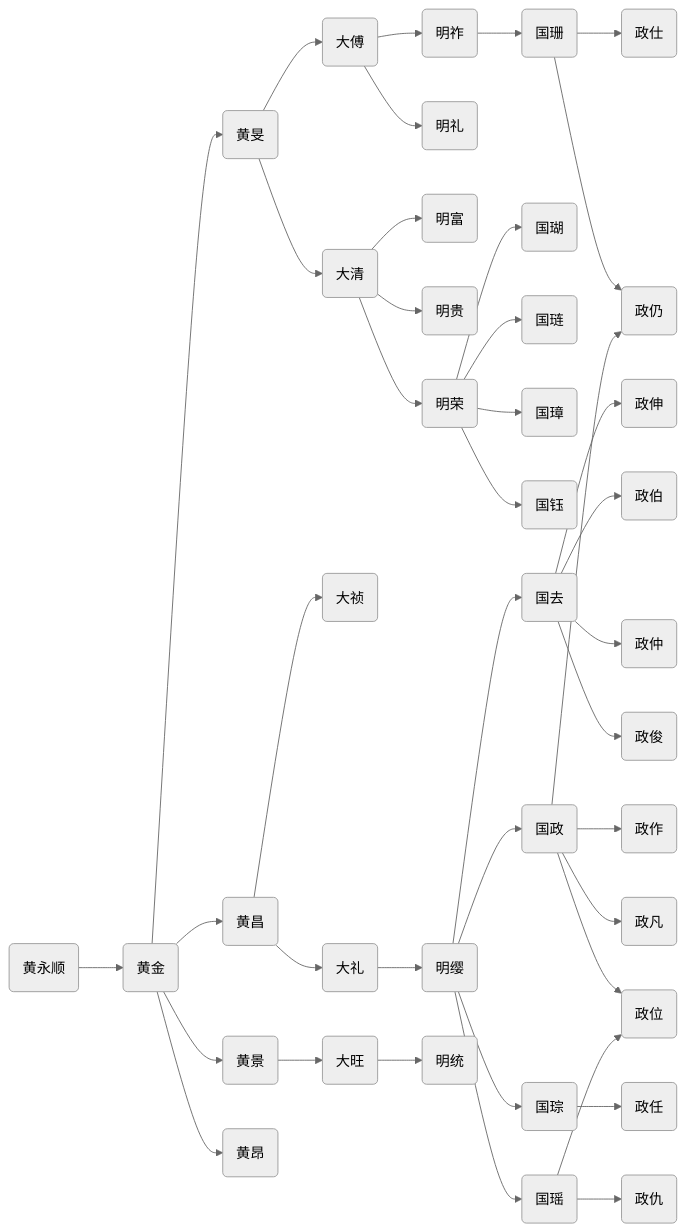
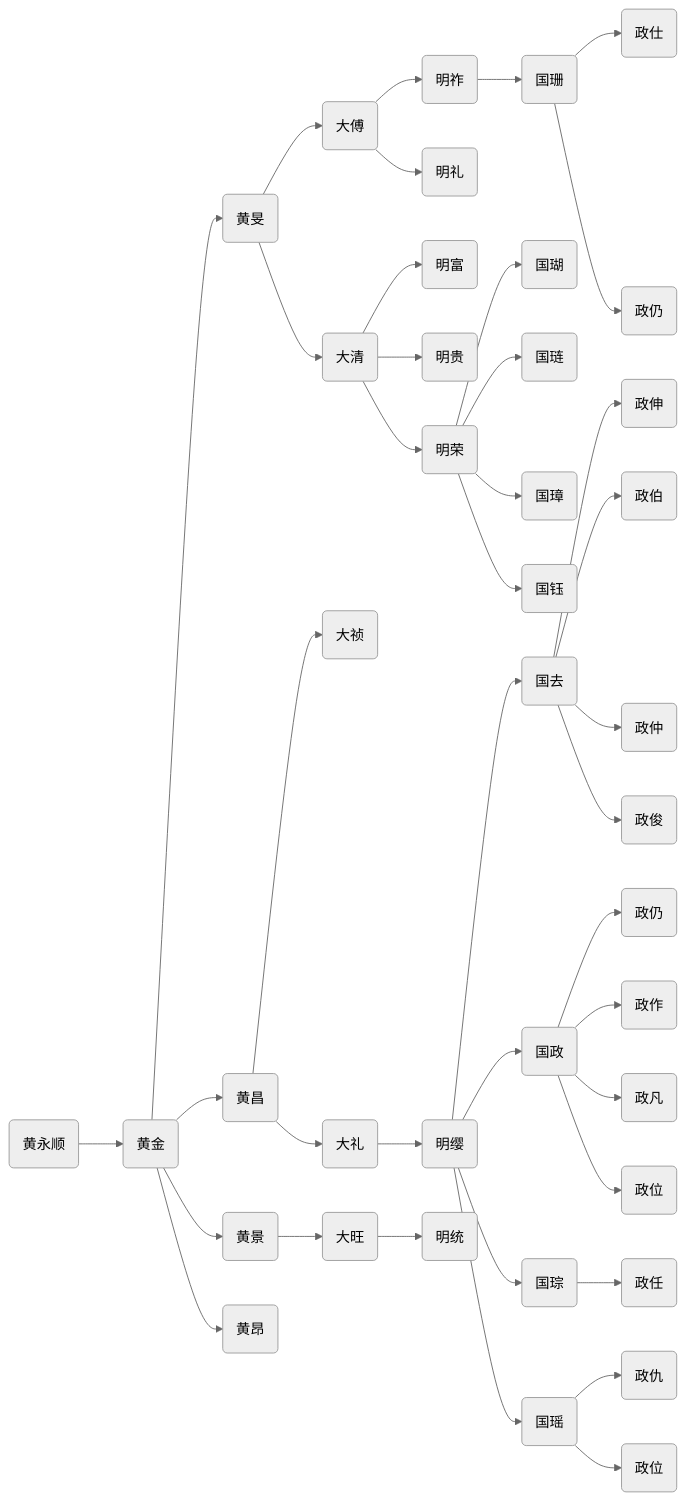
The fourth of 4 diagrams in contents/chapter2.md (jeanim/jiapu), drawn with Mermaid (neutral theme) before and after one commit.

```diff
--- a/contents/chapter2.md
+++ b/contents/chapter2.md
@@ -292,42 +292,42 @@
 {% mermaid %}
 graph LR;
   huangyongshun("黄永顺")-->huangjin("黄金");
   huangjin("黄金")-->huangmin("黄旻");
   huangmin("黄旻")-->dafu("大傅");
   dafu("大傅")-->mingzuo("明祚");
   mingzuo("明祚")-->guoshan("国珊");
   guoshan("国珊")-->zhengshi("政仕");
   guoshan("国珊")-->zhengreng("政仍");
   dafu("大傅")-->mingli("明礼");
   huangmin("黄旻")-->daqing("大清");
   daqing("大清")-->mingfu("明富");
   daqing("大清")-->minggui("明贵");
   daqing("大清")-->mingrong("明荣");
   mingrong("明荣")-->guohu("国瑚");
   mingrong("明荣")-->guolian("国琏");
   mingrong("明荣")-->guozhang("国璋");
   mingrong("明荣")-->guoyu("国钰");
   huangjin("黄金")-->huangchang("黄昌");
   huangchang("黄昌")-->dazhen("大祯");
   huangchang("黄昌")-->dali("大礼");
   dali("大礼")-->mingying("明缨");
   mingying("明缨")-->guoqu("国去");
   guoqu("国去")-->zhengshen("政伸");
   guoqu("国去")-->zhengbo("政伯");
   guoqu("国去")-->zhengzhong("政仲");
   guoqu("国去")-->zhengjun("政俊");
   mingying("明缨")-->guozheng("国政");
-  guozheng("国政")-->zhengreng("政仍");
+  guozheng("国政")-->zhengreng2("政仍");
   guozheng("国政")-->zhengzuo("政作");
   guozheng("国政")-->zhengfan("政凡");
   guozheng("国政")-->zhengwei("政位");
   mingying("明缨")-->guocong("国琮");
   guocong("国琮")-->zhengren("政任");
   mingying("明缨")-->guoyao("国瑶");
   guoyao("国瑶")-->zhengchou("政仇");
-  guoyao("国瑶")-->zhengwei("政位");
+  guoyao("国瑶")-->zhengwei2("政位");
   huangjin("黄金")-->huangjing("黄景");
   huangjing("黄景")-->dawang("大旺");
   dawang("大旺")-->mingtong("明统");
   huangjin("黄金")-->huangang("黄昂"); 
 {% endmermaid %}
```
